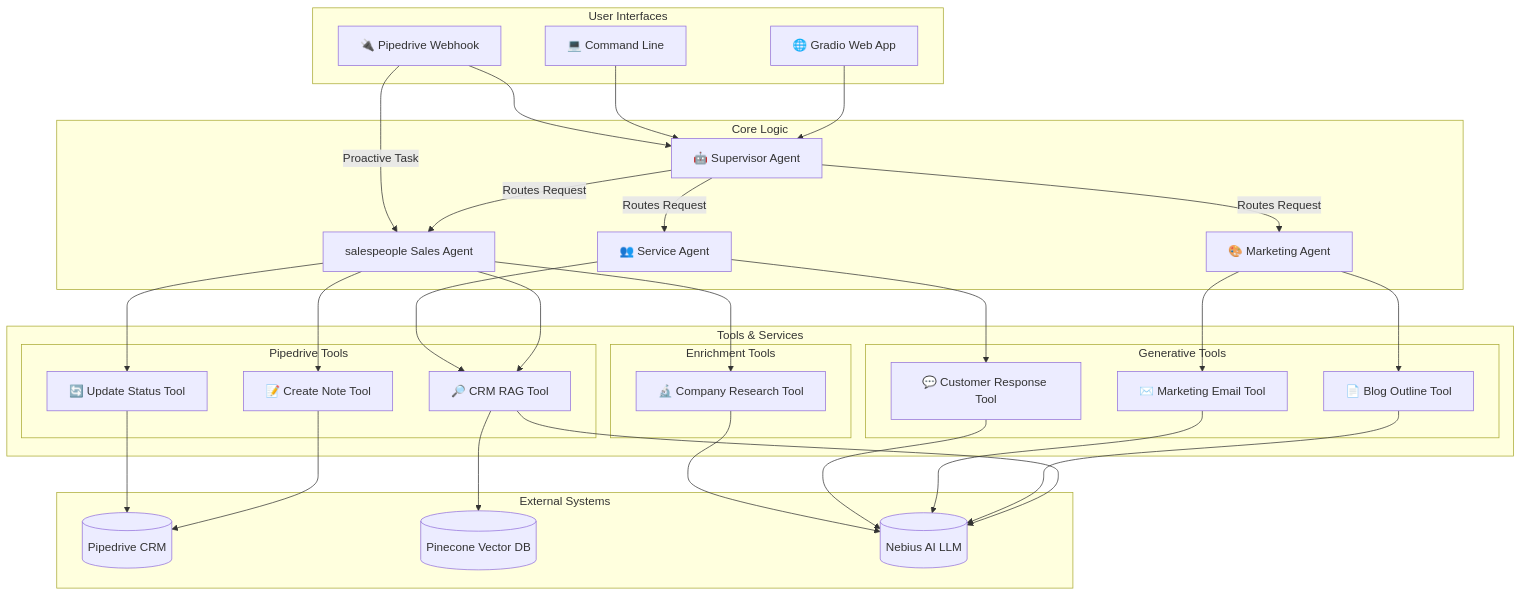
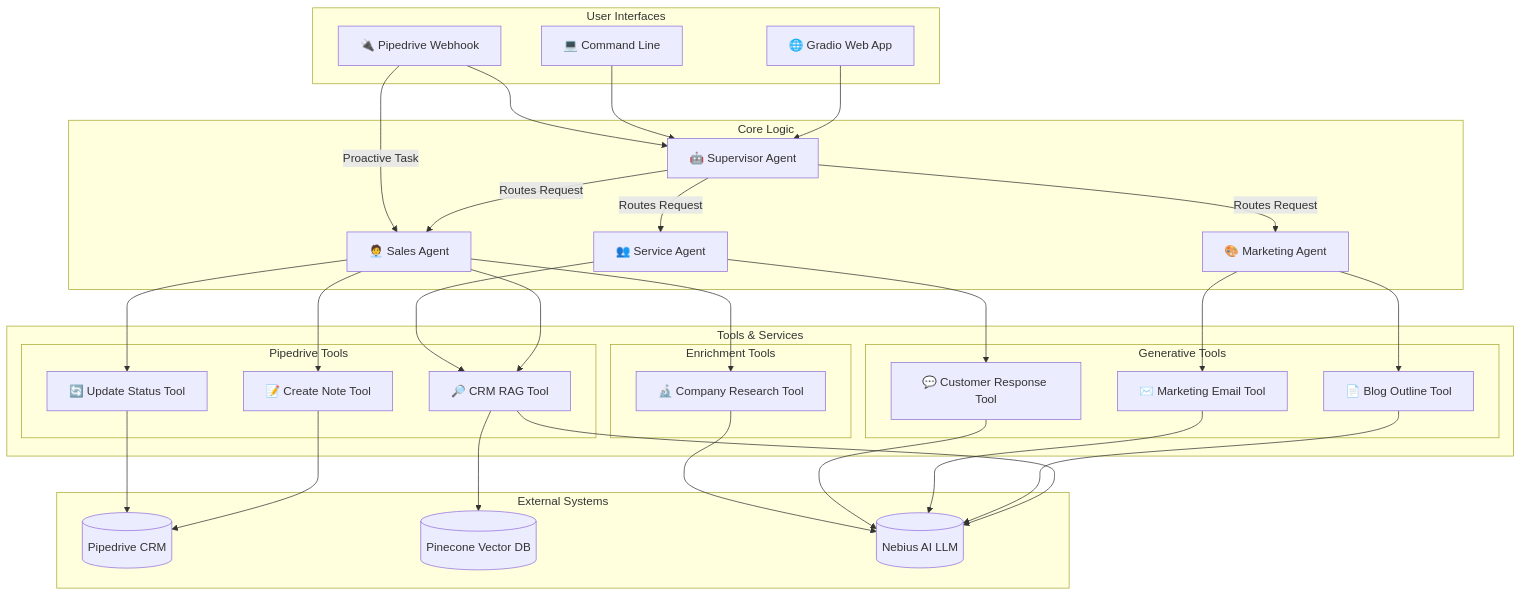
The diagram in README.md (sachin62025/crm-ai-agent), drawn with Mermaid before and after one commit. The commit also changed other lines of this file, not shown here.

Commit message:
readme changes

````diff
--- a/README.md
+++ b/README.md
@@ -23,60 +23,69 @@
 ```mermaid
 graph TD
     subgraph User Interfaces
         UI[🌐 Gradio Web App]
         CLI[💻 Command Line]
         WH[🔌 Pipedrive Webhook]
     end
 
     subgraph Core Logic
         SUP[🤖 Supervisor Agent]
-        SA[ salespeople Sales Agent]
+        SA[🧑‍💼 Sales Agent]
         MA[🎨 Marketing Agent]
         SE[👥 Service Agent]
     end
 
     subgraph Tools & Services
         subgraph Pipedrive Tools
             RAG[🔎 CRM RAG Tool]
             NOTE[📝 Create Note Tool]
             STAT[🔄 Update Status Tool]
         end
         subgraph Generative Tools
             BLOG[📄 Blog Outline Tool]
             EMAIL[✉️ Marketing Email Tool]
             RESP[💬 Customer Response Tool]
         end
         subgraph Enrichment Tools
             RES[🔬 Company Research Tool]
         end
     end
 
     subgraph External Systems
         CRM[(Pipedrive CRM)]
         VDB[(Pinecone Vector DB)]
         LLM[(Nebius AI LLM)]
     end
 
     %% Connections
-    UI & CLI & WH --> SUP;
+    UI --> SUP;
+    CLI --> SUP;
+    WH --> SUP;
+
     SUP -->|Routes Request| SA;
     SUP -->|Routes Request| MA;
     SUP -->|Routes Request| SE;
     WH -->|"Proactive Task"| SA;
 
     SA --> RAG;
     SA --> NOTE;
     SA --> STAT;
     SA --> RES;
 
     MA --> BLOG;
     MA --> EMAIL;
   
     SE --> RAG;
     SE --> RESP;
 
     RAG --> VDB;
-    NOTE & STAT --> CRM;
+    NOTE --> CRM;
+    STAT --> CRM;
   
-    RAG & BLOG & EMAIL & RESP & RES --> LLM;
+    RAG --> LLM;
+    BLOG --> LLM;
+    EMAIL --> LLM;
+    RESP --> LLM;
+    RES --> LLM;
+
 ```
````
